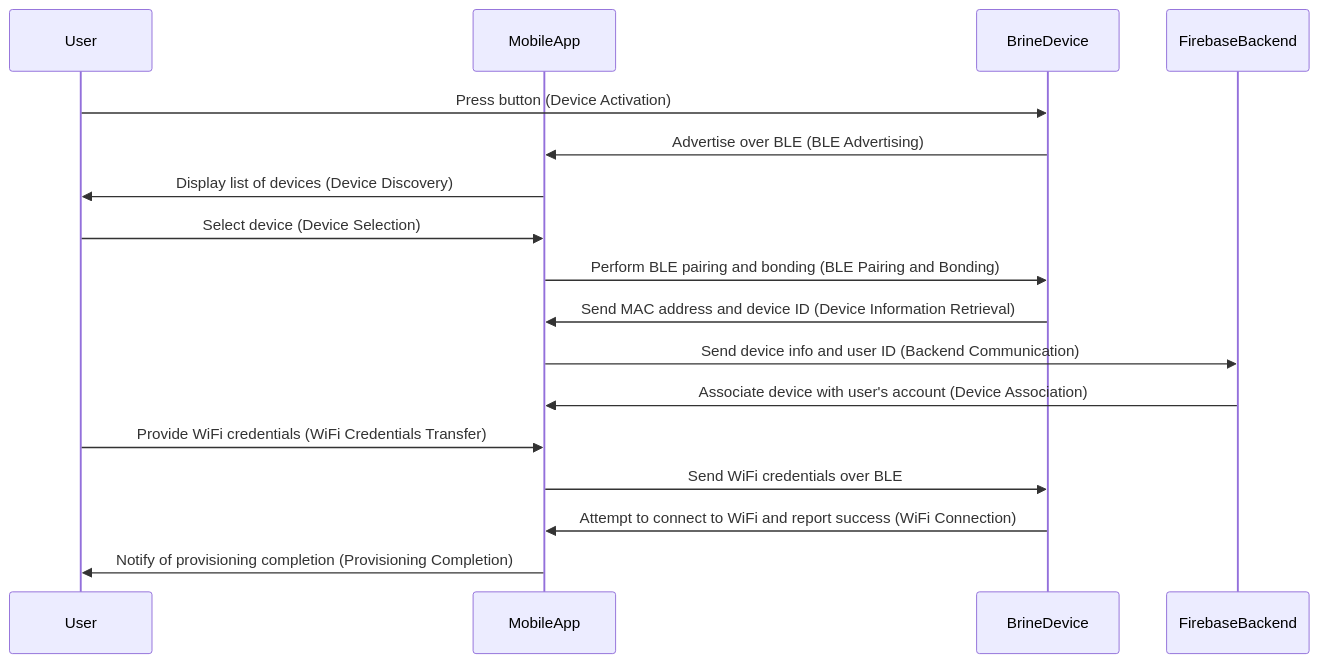
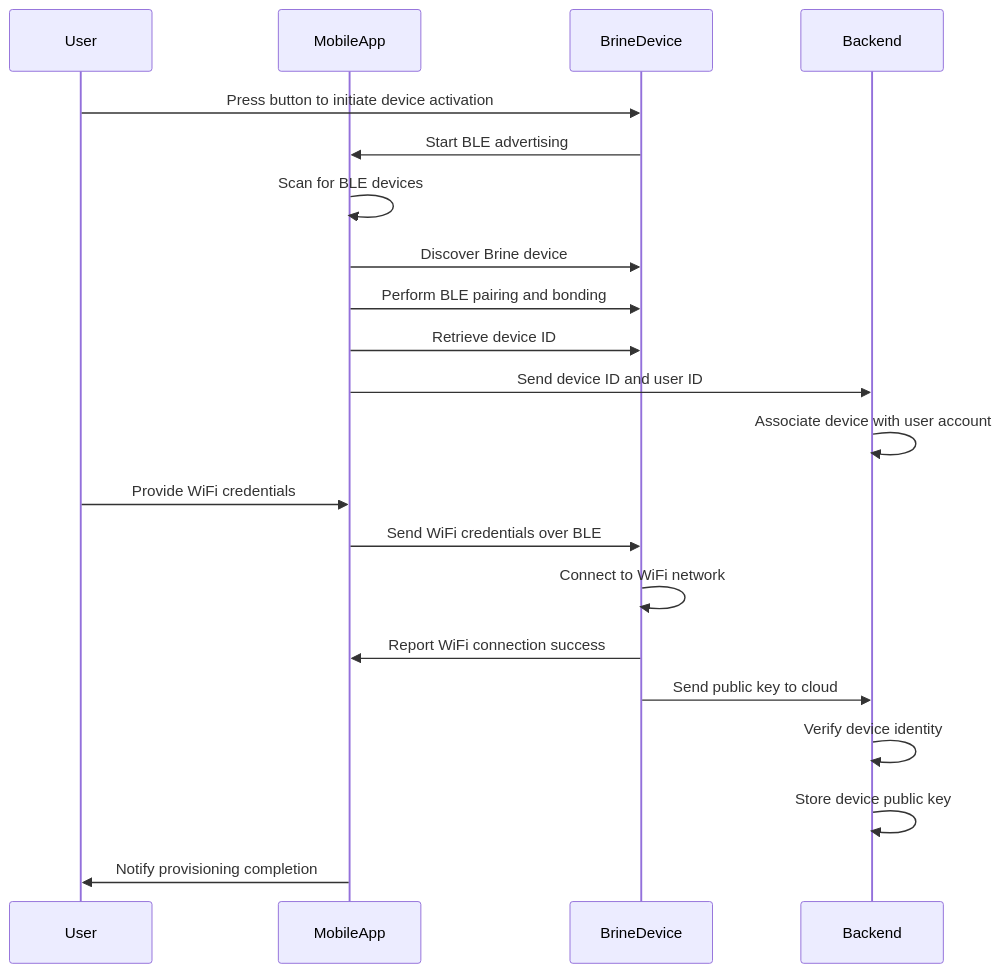
One commit to Toglefritz/Brine changed the diagram in brine_docs/provisioning/provisioning_process.md. Above: the diagram before and after it, drawn with Mermaid. The commit also changed other lines of this file, not shown here.

Commit message:
Updated provisioning documentation :handshake:

````diff
--- a/brine_docs/provisioning/provisioning_process.md
+++ b/brine_docs/provisioning/provisioning_process.md
@@ -21,20 +22,24 @@
 ```mermaid
 sequenceDiagram
     participant User
     participant MobileApp
     participant BrineDevice
-    participant FirebaseBackend
+    participant Backend
 
-    User->>BrineDevice: Press button (Device Activation)
-    BrineDevice->>MobileApp: Advertise over BLE (BLE Advertising)
-    MobileApp->>User: Display list of devices (Device Discovery)
-    User->>MobileApp: Select device (Device Selection)
-    MobileApp->>BrineDevice: Perform BLE pairing and bonding (BLE Pairing and Bonding)
-    BrineDevice->>MobileApp: Send MAC address and device ID (Device Information Retrieval)
-    MobileApp->>FirebaseBackend: Send device info and user ID (Backend Communication)
-    FirebaseBackend->>MobileApp: Associate device with user's account (Device Association)
-    User->>MobileApp: Provide WiFi credentials (WiFi Credentials Transfer)
-    MobileApp->>BrineDevice: Send WiFi credentials over BLE
-    BrineDevice->>MobileApp: Attempt to connect to WiFi and report success (WiFi Connection)
-    MobileApp->>User: Notify of provisioning completion (Provisioning Completion)
+    User ->> BrineDevice: Press button to initiate device activation
+    BrineDevice ->> MobileApp: Start BLE advertising
+    MobileApp ->> MobileApp: Scan for BLE devices
+    MobileApp ->> BrineDevice: Discover Brine device
+    MobileApp ->> BrineDevice: Perform BLE pairing and bonding
+    MobileApp ->> BrineDevice: Retrieve device ID
+    MobileApp ->> Backend: Send device ID and user ID
+    Backend ->> Backend: Associate device with user account
+    User ->> MobileApp: Provide WiFi credentials
+    MobileApp ->> BrineDevice: Send WiFi credentials over BLE
+    BrineDevice ->> BrineDevice: Connect to WiFi network
+    BrineDevice ->> MobileApp: Report WiFi connection success
+    BrineDevice ->> Backend: Send public key to cloud
+    Backend ->> Backend: Verify device identity
+    Backend ->> Backend: Store device public key
+    MobileApp ->> User: Notify provisioning completion
 ```
````
